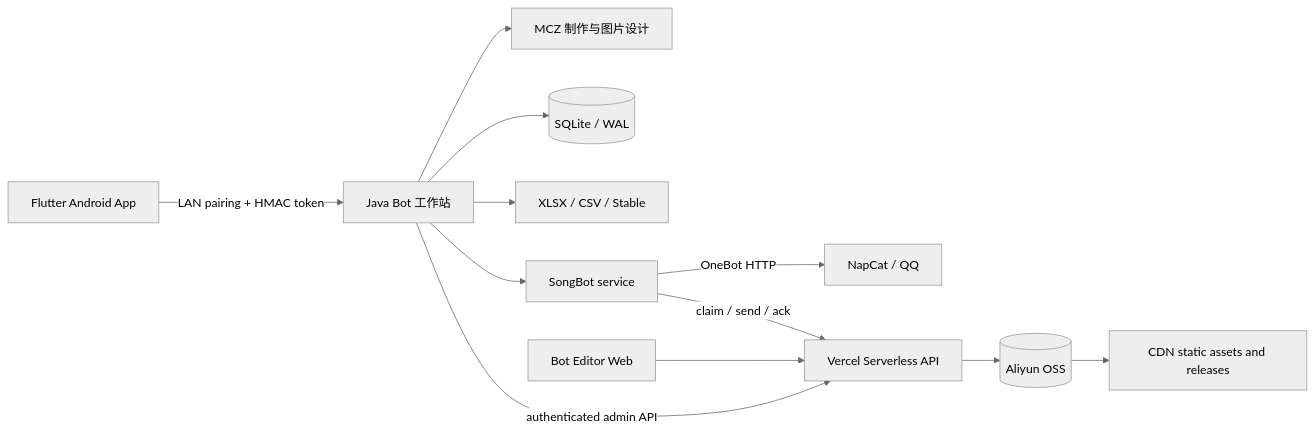
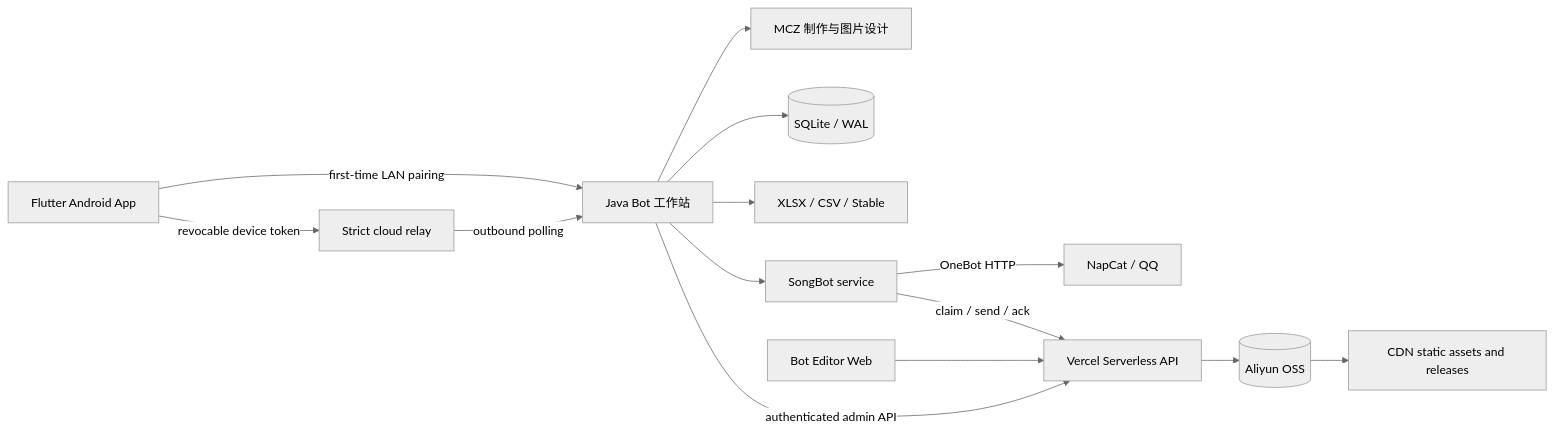
The diagram in README.md (Liccha/Bot-Workstation), drawn with Mermaid (neutral theme) before and after one commit. The commit also changed other lines of this file and 38 other files, not shown here.

````diff
--- a/README.md
+++ b/README.md
@@ -18,14 +19,16 @@
 ```mermaid
 flowchart LR
-    Mobile[Flutter Android App] -->|LAN pairing + HMAC token| Workstation[Java Bot 工作站]
+    Mobile[Flutter Android App] -->|first-time LAN pairing| Workstation[Java Bot 工作站]
+    Mobile -->|revocable device token| Relay[Strict cloud relay]
+    Relay -->|outbound polling| Workstation
     Workstation --> MCZ[MCZ 制作与图片设计]
     Workstation --> SQLite[(SQLite / WAL)]
     Workstation --> Stable[XLSX / CSV / Stable]
     Workstation --> SongBot[SongBot service]
     SongBot -->|OneBot HTTP| NapCat[NapCat / QQ]
     Web[Bot Editor Web] --> API[Vercel Serverless API]
     Workstation -->|authenticated admin API| API
     SongBot -->|claim / send / ack| API
     API --> OSS[(Aliyun OSS)]
     OSS --> CDN[CDN static assets and releases]
 ```
````
